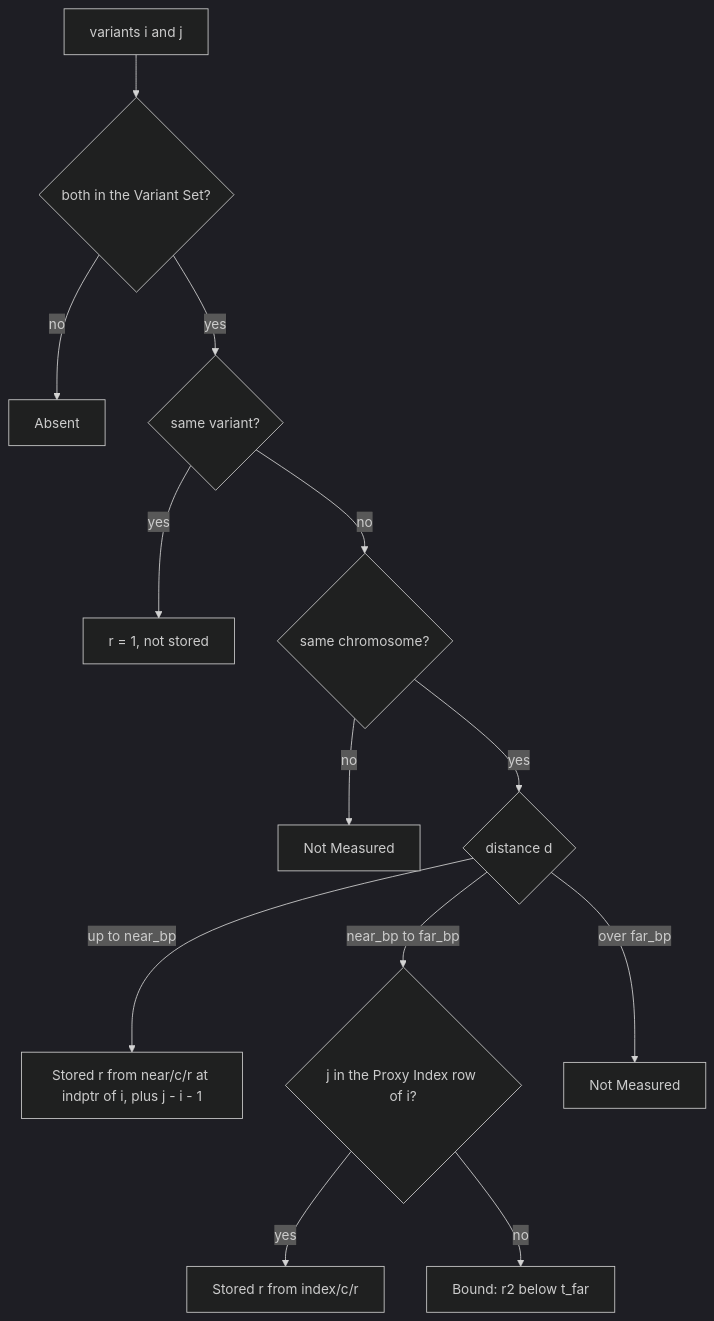
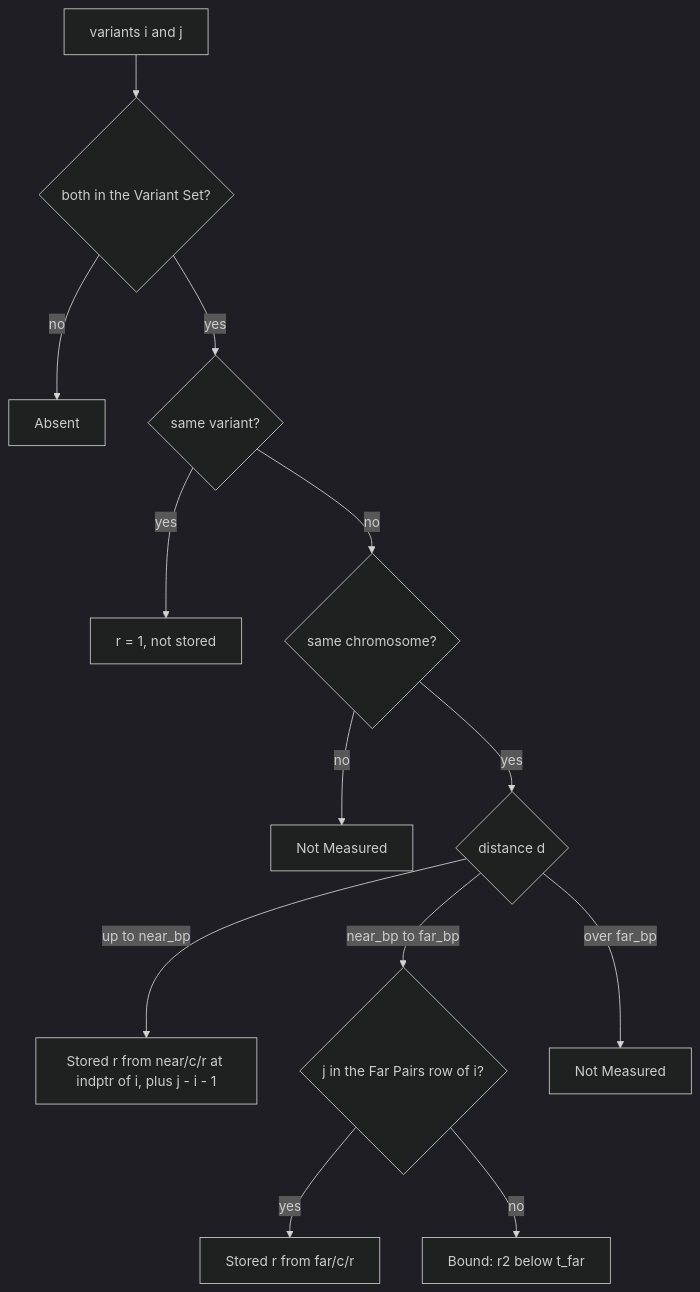
One commit to opengwas/opengwasdb changed the diagram in docs/spec/ld-store.md. Above: the diagram before and after it, drawn with Mermaid (dark theme). The commit also changed other lines of this file and 24 other files, not shown here.

````diff
--- a/docs/spec/ld-store.md
+++ b/docs/spec/ld-store.md
@@ -601,15 +628,15 @@
 ```mermaid
 flowchart TD
   A["variants i and j"] --> B{"both in the Variant Set?"}
   B -->|no| ABS["Absent"]
   B -->|yes| C{"same variant?"}
   C -->|yes| ONE["r = 1, not stored"]
   C -->|no| D{"same chromosome?"}
   D -->|no| NM1["Not Measured"]
   D -->|yes| E{"distance d"}
   E -->|"up to near_bp"| NB["Stored r from near/c/r at indptr of i, plus j - i - 1"]
-  E -->|"near_bp to far_bp"| F{"j in the Proxy Index row of i?"}
-  F -->|yes| FP["Stored r from index/c/r"]
+  E -->|"near_bp to far_bp"| F{"j in the Far Pairs row of i?"}
+  F -->|yes| FP["Stored r from far/c/r"]
   F -->|no| BD["Bound: r2 below t_far"]
   E -->|"over far_bp"| NM2["Not Measured"]
 ```
````
